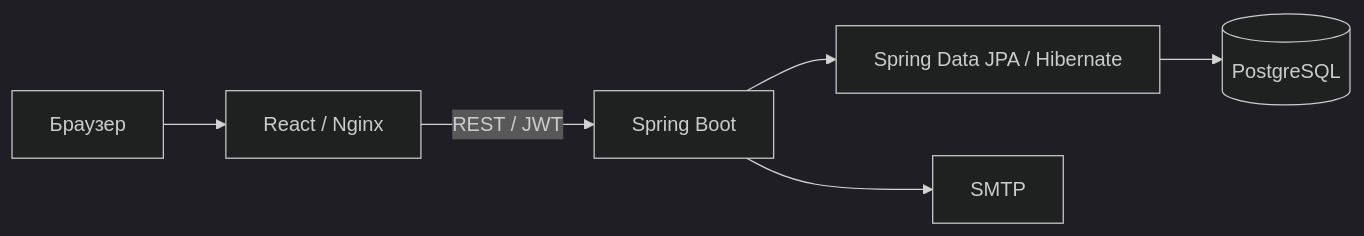
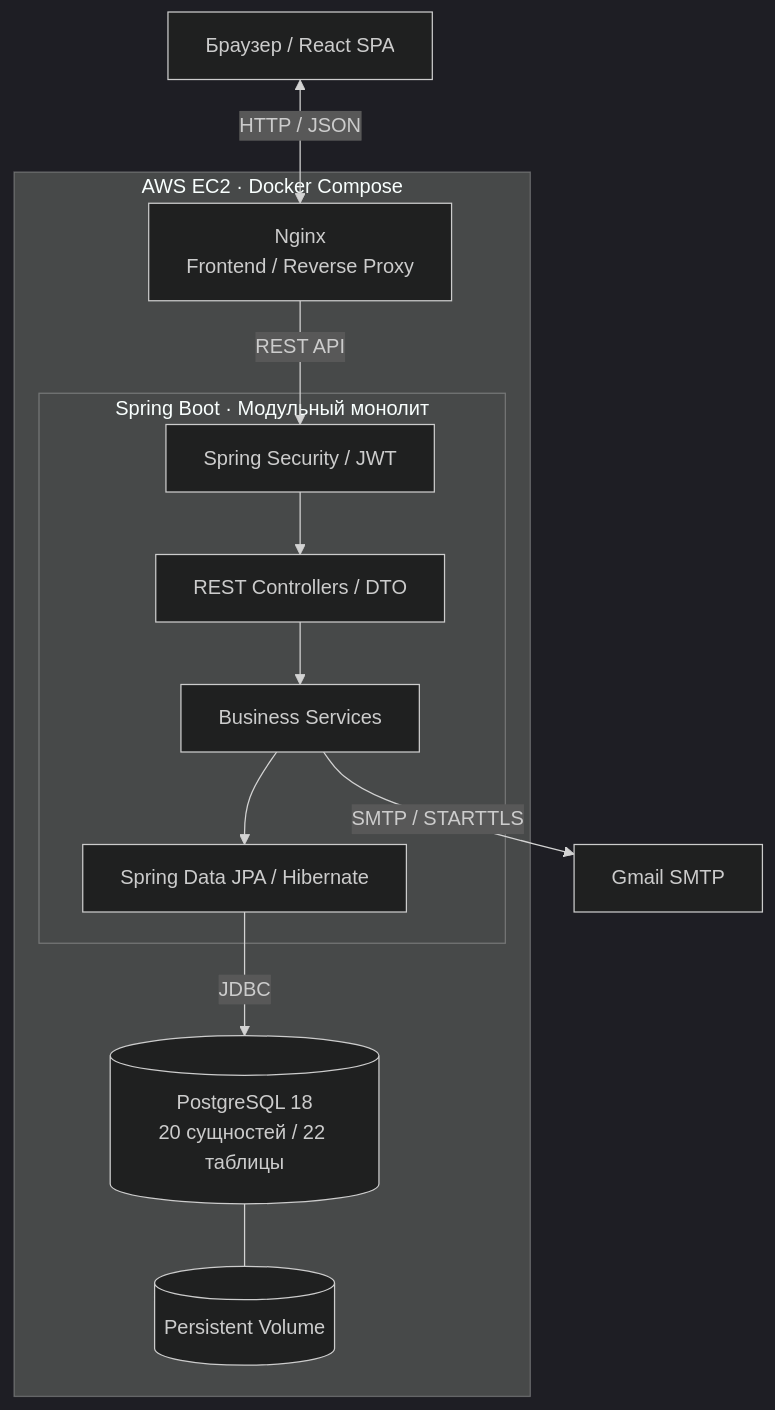
The diagram in README.md (vkuryndin/CourseFlow), drawn with Mermaid (dark theme) before and after one commit. The commit also changed other lines of this file, not shown here.

Commit message:
gradle chache patch

````diff
--- a/README.md
+++ b/README.md
@@ -45,8 +45,27 @@
 ```mermaid
-flowchart LR
-    U[Браузер] --> F[React / Nginx]
-    F -->|REST / JWT| B[Spring Boot]
-    B --> J[Spring Data JPA / Hibernate]
-    J --> P[(PostgreSQL)]
-    B --> M[SMTP]
+flowchart TD
+    U["Браузер / React SPA"]
+
+    subgraph AWS["AWS EC2 · Docker Compose"]
+        N["Nginx<br/>Frontend / Reverse Proxy"]
+
+        subgraph B["Spring Boot · Модульный монолит"]
+            S["Spring Security / JWT"]
+            C["REST Controllers / DTO"]
+            L["Business Services"]
+            R["Spring Data JPA / Hibernate"]
+
+            S --> C --> L --> R
+        end
+
+        P[("PostgreSQL 18<br/>20 сущностей / 22 таблицы")]
+        V[("Persistent Volume")]
+
+        N -->|REST API| S
+        R -->|JDBC| P
+        P --- V
+    end
+
+    U <-->|HTTP / JSON| N
+    L -->|SMTP / STARTTLS| M["Gmail SMTP"]
 ```
````
